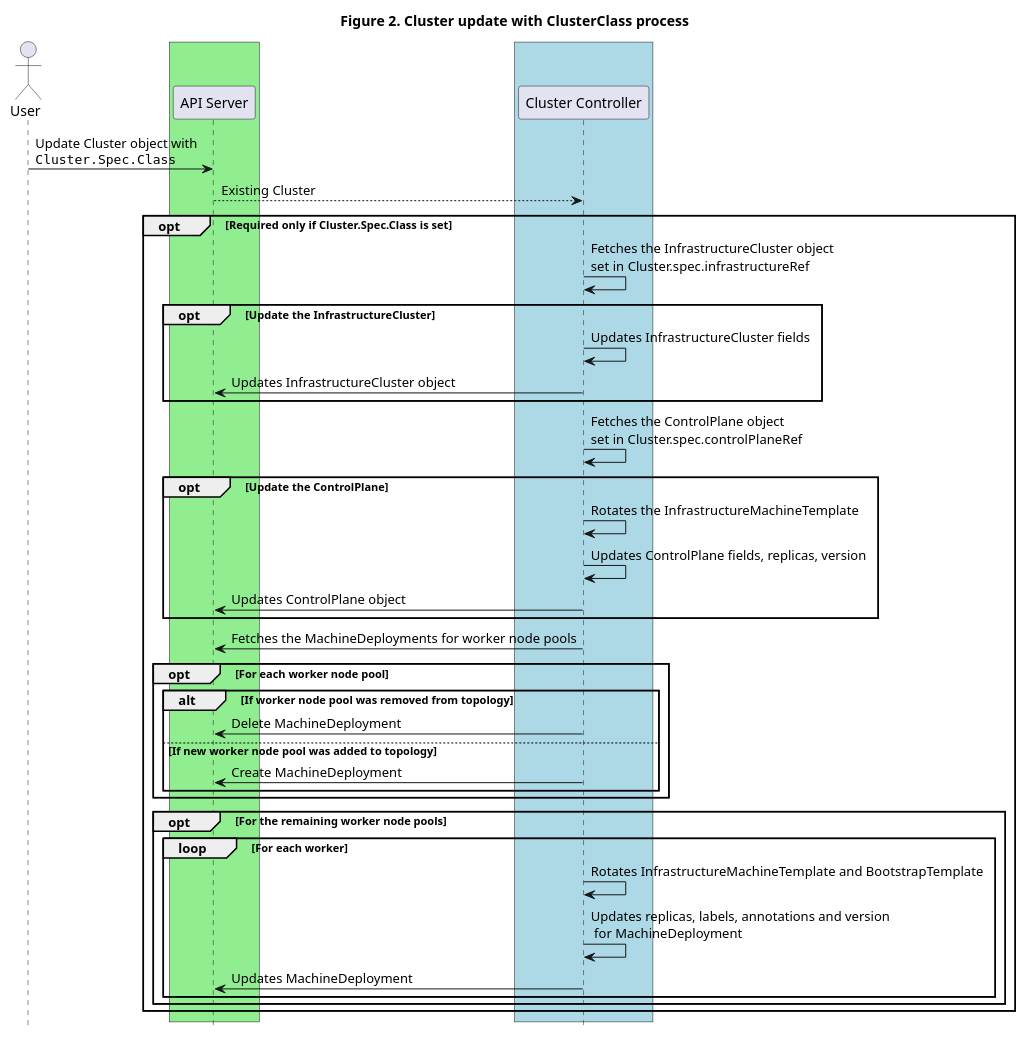
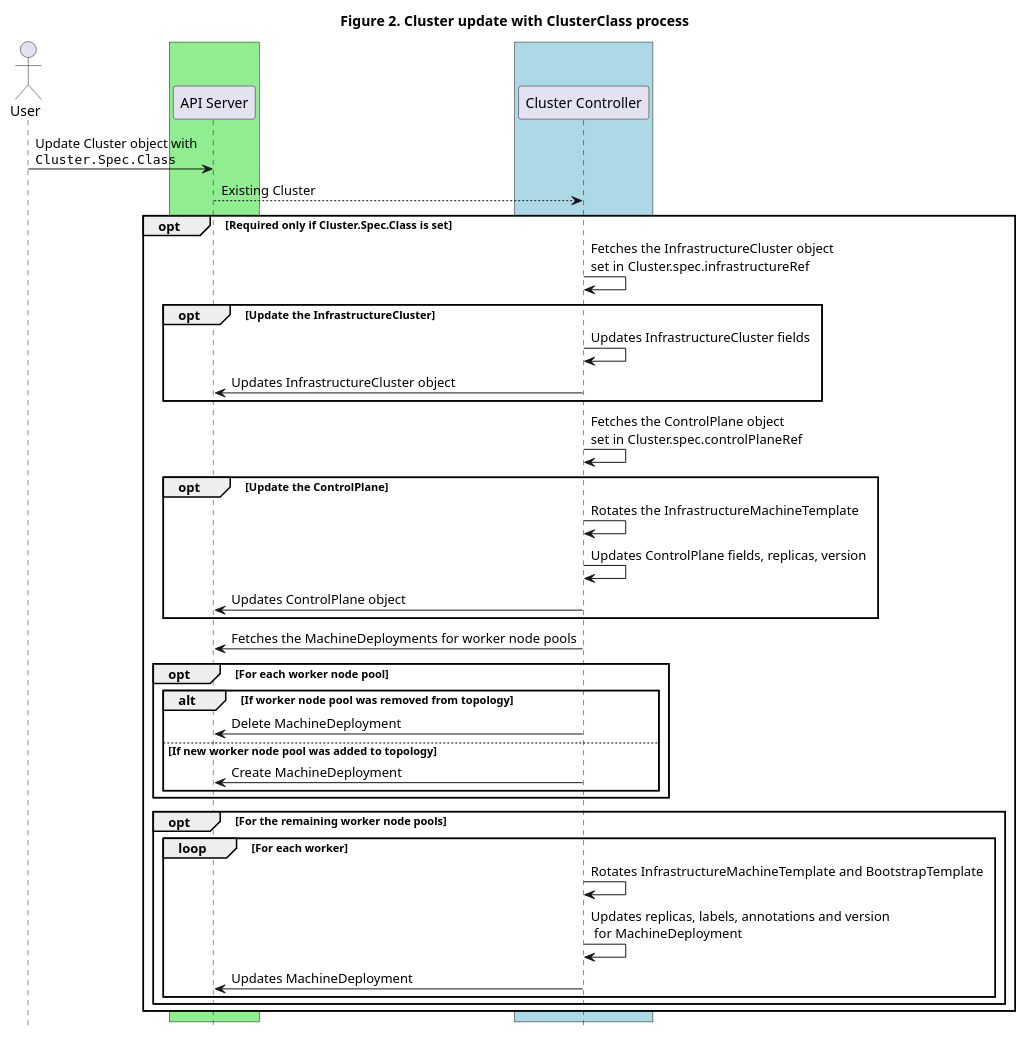
One commit to kubernetes-sigs/cluster-api changed the diagram in docs/proposals/images/cluster-class/update.plantuml. Above: the diagram before and after it, drawn with PlantUML. The commit also changed 42 other files, not shown here.

Commit message:
Update docs/Makefile. Fix proposal diagrams transparency issue with new PlantUML version.

```diff
--- a/docs/proposals/images/cluster-class/update.plantuml
+++ b/docs/proposals/images/cluster-class/update.plantuml
@@ -1,52 +1,52 @@
 @startuml
 title Figure 2. Cluster update with ClusterClass process
 actor User
 
 ' -- GROUPS START ---
 
 box #LightGreen
 participant "API Server"
 end box
 
 box #LightBlue
 participant "Cluster Controller"
 end box
 
 ' -- GROUPS END ---
 
 User -> "API Server" : Update Cluster object with\n""Cluster.Spec.Class""
 "API Server" --> "Cluster Controller": Existing Cluster
-opt Required only if Cluster.Spec.Class is set
+opt #white Required only if Cluster.Spec.Class is set
   "Cluster Controller" -> "Cluster Controller": Fetches the InfrastructureCluster object\nset in Cluster.spec.infrastructureRef
   opt Update the InfrastructureCluster
     "Cluster Controller" -> "Cluster Controller": Updates InfrastructureCluster fields
     "Cluster Controller" -> "API Server": Updates InfrastructureCluster object
   end
 
   "Cluster Controller" -> "Cluster Controller": Fetches the ControlPlane object\nset in Cluster.spec.controlPlaneRef
   opt Update the ControlPlane
     "Cluster Controller" -> "Cluster Controller": Rotates the InfrastructureMachineTemplate
     "Cluster Controller" -> "Cluster Controller": Updates ControlPlane fields, replicas, version
     "Cluster Controller" -> "API Server": Updates ControlPlane object
   end
 
   "Cluster Controller" -> "API Server": Fetches the MachineDeployments for worker node pools
   opt For each worker node pool
     alt If worker node pool was removed from topology
       "Cluster Controller" -> "API Server": Delete MachineDeployment
     else If new worker node pool was added to topology
       "Cluster Controller" -> "API Server": Create MachineDeployment
     end
   end
   opt For the remaining worker node pools
     loop For each worker
       "Cluster Controller" -> "Cluster Controller": Rotates InfrastructureMachineTemplate and BootstrapTemplate
       "Cluster Controller" -> "Cluster Controller": Updates replicas, labels, annotations and version\n for MachineDeployment
       "Cluster Controller" -> "API Server": Updates MachineDeployment
     end
   end
 end
 
 
 hide footbox
 @enduml
```
